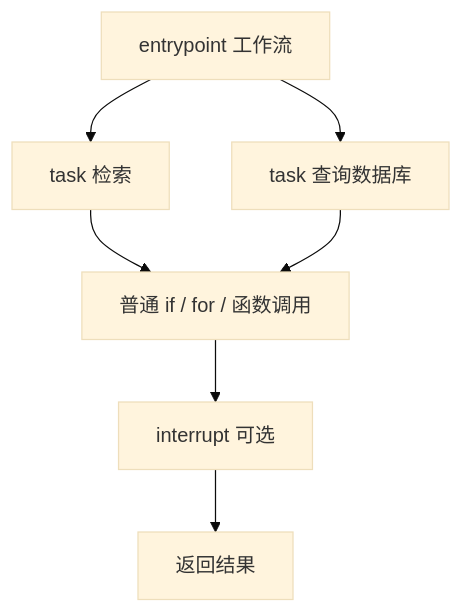
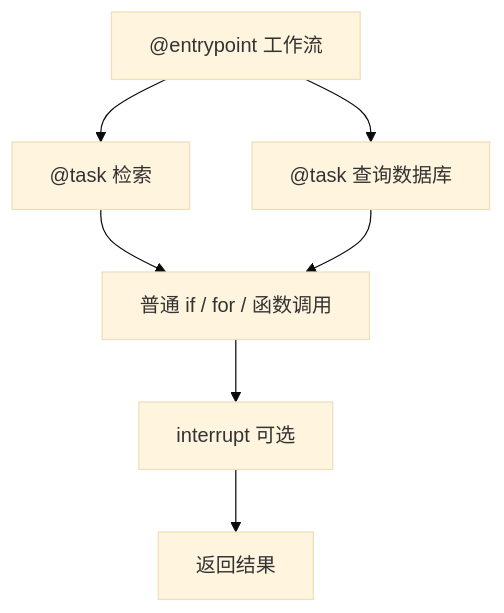
The diagram in src/content/posts/functional-api-entrypoint-与-task.md (DiStanceQAQ/blog-astro), drawn with Mermaid (base theme) before and after one commit. The commit also changed 2 other files, not shown here.

Commit message:
Preserve Mermaid diagram labels

````diff
--- a/src/content/posts/functional-api-entrypoint-与-task.md
+++ b/src/content/posts/functional-api-entrypoint-与-task.md
@@ -27,10 +27,10 @@
 ```mermaid
 flowchart TB
-    E[entrypoint 工作流]
-    E --> T1[task 检索]
-    E --> T2[task 查询数据库]
+    E["@entrypoint 工作流"]
+    E --> T1["@task 检索"]
+    E --> T2["@task 查询数据库"]
     T1 --> C[普通 if / for / 函数调用]
     T2 --> C
     C --> I[interrupt 可选]
     I --> R[返回结果]
 ```
````
